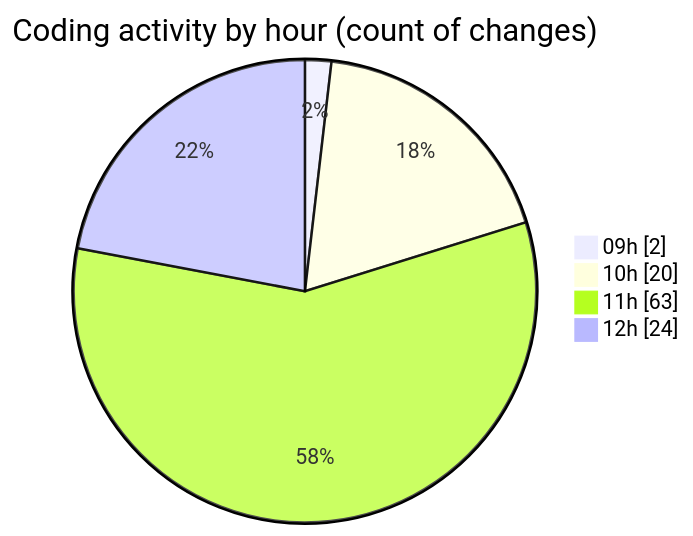
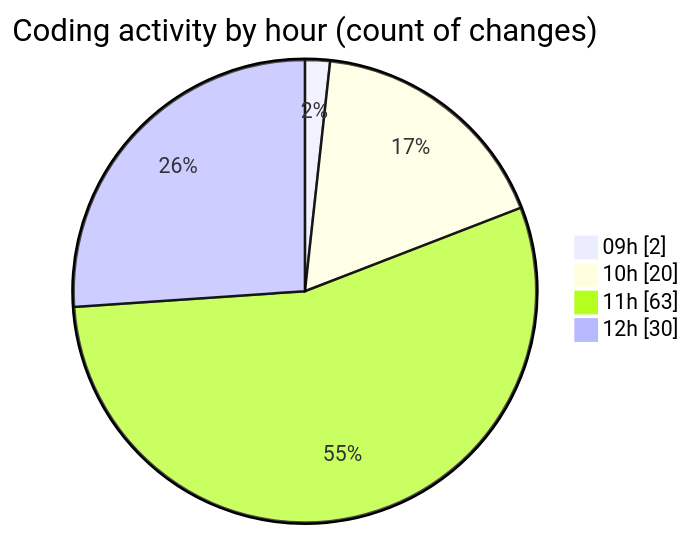
Before and after one commit to momahboobian/code-tracking: the second of 2 diagrams in 2025-04-08/cda/README.md, drawn with Mermaid. The commit also changed other lines of this file and 1 other file, not shown here.

````diff
--- a/2025-04-08/cda/README.md
+++ b/2025-04-08/cda/README.md
@@ -31,8 +31,8 @@
 ```mermaid
 pie showData
 title Coding activity by hour (count of changes)
 "09h" : 2
 "10h" : 20
 "11h" : 63
-"12h" : 24
+"12h" : 30
 ```
````
